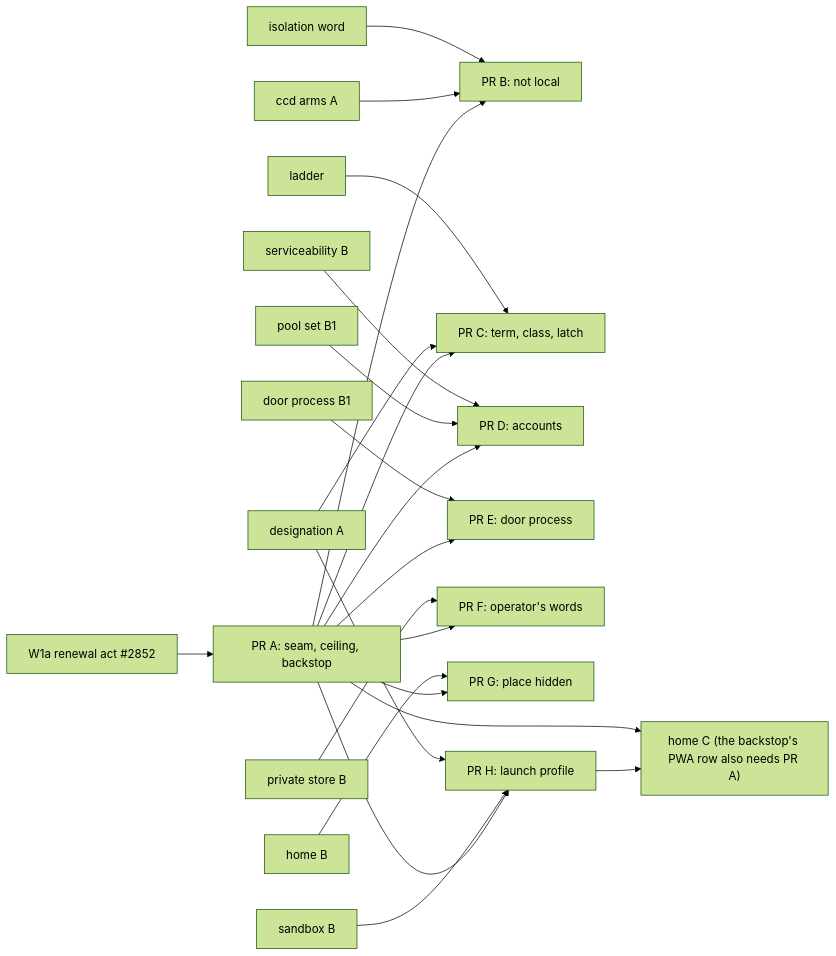
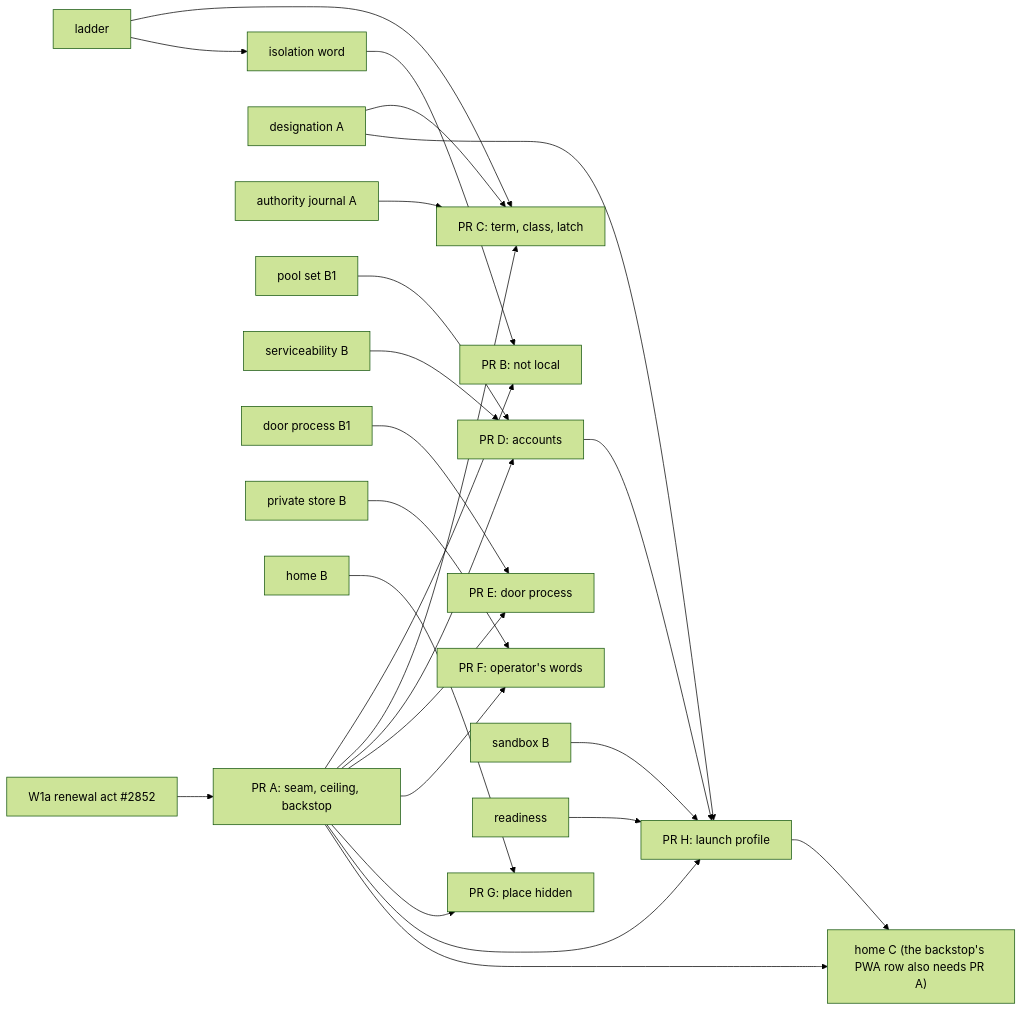
Before and after one commit to Synapsium-Labs/ccrc-pwa: the second of 2 diagrams in docs/superpowers/plans/2026-11-14-overlord-w1/w1-renewal-readings.md, drawn with Mermaid (forest theme). The commit also changed other lines of this file and 1 other file, not shown here.

````diff
--- a/docs/superpowers/plans/2026-11-14-overlord-w1/w1-renewal-readings.md
+++ b/docs/superpowers/plans/2026-11-14-overlord-w1/w1-renewal-readings.md
@@ -420,24 +460,27 @@
 ```mermaid
 flowchart LR
   RA["W1a renewal act #2852"] --> A["PR A: seam, ceiling, backstop"]
   A --> B["PR B: not local"]
-  CA["ccd arms A"] --> B
   ISO["isolation word"] --> B
   A --> C["PR C: term, class, latch"]
   DA["designation A"] --> C
   LD["ladder"] --> C
+  AJ["authority journal A"] --> C
+  LD --> ISO
   A --> D["PR D: accounts"]
   PBB["pool set B1"] --> D
   SVB["serviceability B"] --> D
   A --> E["PR E: door process"]
   DPB["door process B1"] --> E
   A --> F["PR F: operator's words"]
   PSB["private store B"] --> F
   A --> G["PR G: place hidden"]
   HB["home B"] --> G
   A --> H["PR H: launch profile"]
+  D --> H
   SB["sandbox B"] --> H
   DA --> H
+  RD["readiness"] --> H
   H --> HC["home C (the backstop's PWA row also needs PR A)"]
   A --> HC
 ```
````
